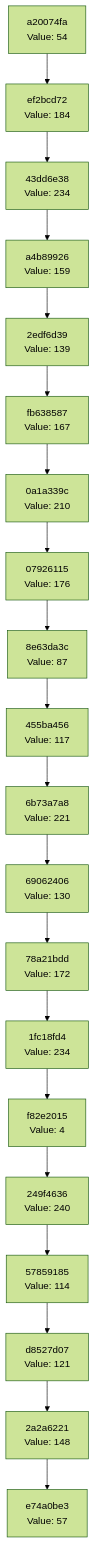
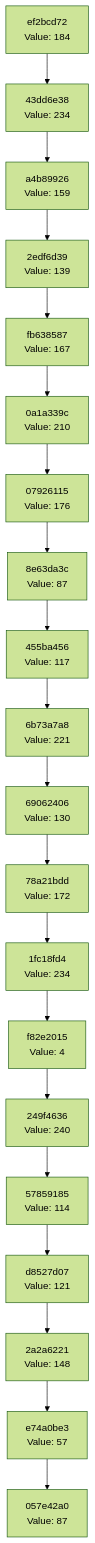
Before and after one commit to Abhisheksinha1506/hash-chain-evolver: the diagram in docs/CHAIN_VISUALIZATION.md, drawn with Mermaid (forest theme). The commit also changed 1 other file, not shown here.

Commit message:
Evolution step: hash 0x57 → action executed

````diff
--- a/docs/CHAIN_VISUALIZATION.md
+++ b/docs/CHAIN_VISUALIZATION.md
@@ -3,42 +3,42 @@
 ```mermaid
 graph TD
-    C0["e74a0be3<br/>Value: 57"]
-    C1["2a2a6221<br/>Value: 148"]
+    C0["057e42a0<br/>Value: 87"]
+    C1["e74a0be3<br/>Value: 57"]
     C1 --> C0
-    C2["d8527d07<br/>Value: 121"]
+    C2["2a2a6221<br/>Value: 148"]
     C2 --> C1
-    C3["57859185<br/>Value: 114"]
+    C3["d8527d07<br/>Value: 121"]
     C3 --> C2
-    C4["249f4636<br/>Value: 240"]
+    C4["57859185<br/>Value: 114"]
     C4 --> C3
-    C5["f82e2015<br/>Value: 4"]
+    C5["249f4636<br/>Value: 240"]
     C5 --> C4
-    C6["1fc18fd4<br/>Value: 234"]
+    C6["f82e2015<br/>Value: 4"]
     C6 --> C5
-    C7["78a21bdd<br/>Value: 172"]
+    C7["1fc18fd4<br/>Value: 234"]
     C7 --> C6
-    C8["69062406<br/>Value: 130"]
+    C8["78a21bdd<br/>Value: 172"]
     C8 --> C7
-    C9["6b73a7a8<br/>Value: 221"]
+    C9["69062406<br/>Value: 130"]
     C9 --> C8
-    C10["455ba456<br/>Value: 117"]
+    C10["6b73a7a8<br/>Value: 221"]
     C10 --> C9
-    C11["8e63da3c<br/>Value: 87"]
+    C11["455ba456<br/>Value: 117"]
     C11 --> C10
-    C12["07926115<br/>Value: 176"]
+    C12["8e63da3c<br/>Value: 87"]
     C12 --> C11
-    C13["0a1a339c<br/>Value: 210"]
+    C13["07926115<br/>Value: 176"]
     C13 --> C12
-    C14["fb638587<br/>Value: 167"]
+    C14["0a1a339c<br/>Value: 210"]
     C14 --> C13
-    C15["2edf6d39<br/>Value: 139"]
+    C15["fb638587<br/>Value: 167"]
     C15 --> C14
-    C16["a4b89926<br/>Value: 159"]
+    C16["2edf6d39<br/>Value: 139"]
     C16 --> C15
-    C17["43dd6e38<br/>Value: 234"]
+    C17["a4b89926<br/>Value: 159"]
     C17 --> C16
-    C18["ef2bcd72<br/>Value: 184"]
+    C18["43dd6e38<br/>Value: 234"]
     C18 --> C17
-    C19["a20074fa<br/>Value: 54"]
+    C19["ef2bcd72<br/>Value: 184"]
     C19 --> C18
 ```
````
